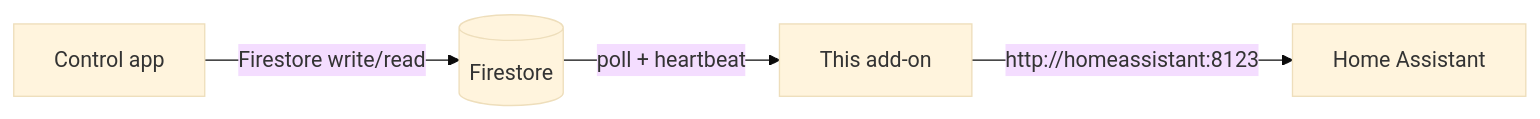
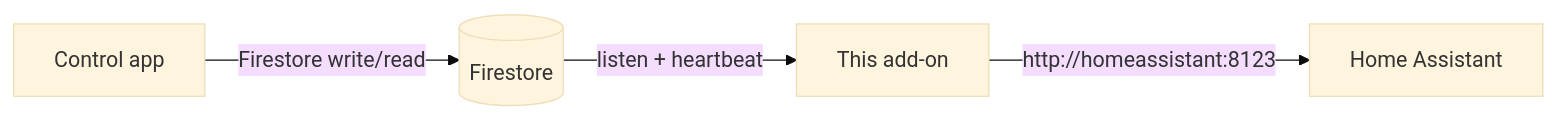
One commit to mmorera-25/firestore-home-assistant-bridge changed the first of 2 diagrams in README.md. Above: the diagram before and after it, drawn with Mermaid (base theme). The commit also changed other lines of this file and 4 other files, not shown here.

````diff
--- a/README.md
+++ b/README.md
@@ -222,6 +222,6 @@
 ```mermaid
 flowchart LR
   Client[Control app] -->|"Firestore write/read"| FS[(Firestore)]
-  FS -->|"poll + heartbeat"| Bridge[This add-on]
+  FS -->|"listen + heartbeat"| Bridge[This add-on]
   Bridge -->|"http://homeassistant:8123"| HA[Home Assistant]
 ```
````
